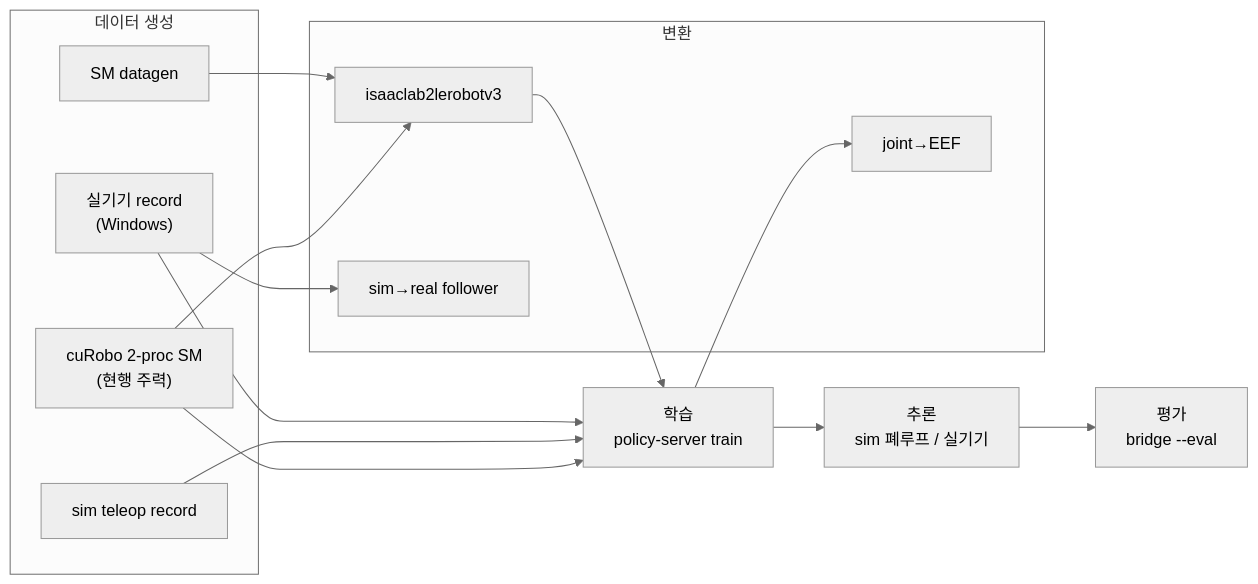
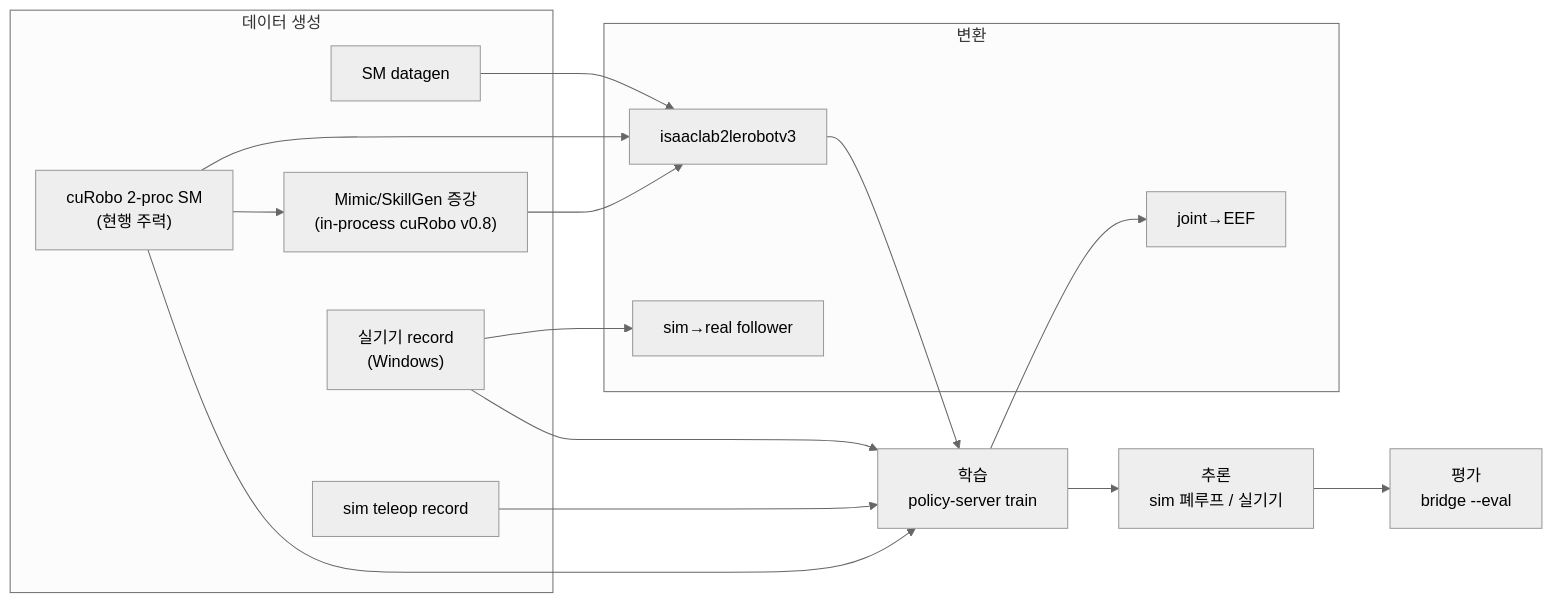
Before and after one commit to PubCyBerry/SO101-Sim2Real: the diagram in docs/spec/08_PIPELINES.md, drawn with Mermaid (neutral theme). The commit also changed other lines of this file and 4 other files, not shown here.

First line of the commit message:
docs: Mimic/SkillGen 파이프라인 절·단일 소스 표·트러블슈팅 항목 추가

````diff
--- a/docs/spec/08_PIPELINES.md
+++ b/docs/spec/08_PIPELINES.md
@@ -10,26 +10,28 @@
 ```mermaid
 flowchart LR
     subgraph gen["데이터 생성"]
         R1["실기기 record<br/>(Windows)"]
         R2["sim teleop record"]
         R3["SM datagen"]
         R4["cuRobo 2-proc SM<br/>(현행 주력)"]
+        R5["Mimic/SkillGen 증강<br/>(in-process cuRobo v0.8)"]
     end
     subgraph conv["변환"]
         C1["isaaclab2lerobotv3"]
         C2["sim→real follower"]
         C3["joint→EEF"]
     end
     T["학습<br/>policy-server train"]
     I["추론<br/>sim 폐루프 / 실기기"]
     E["평가<br/>bridge --eval"]
 
     R1 --> T
     R2 --> T
     R3 --> C1 --> T
     R4 --> C1
     R4 --> T
+    R4 --> R5 --> C1
     T --> I --> E
     T --> C3
     R1 --> C2
 ```
````
